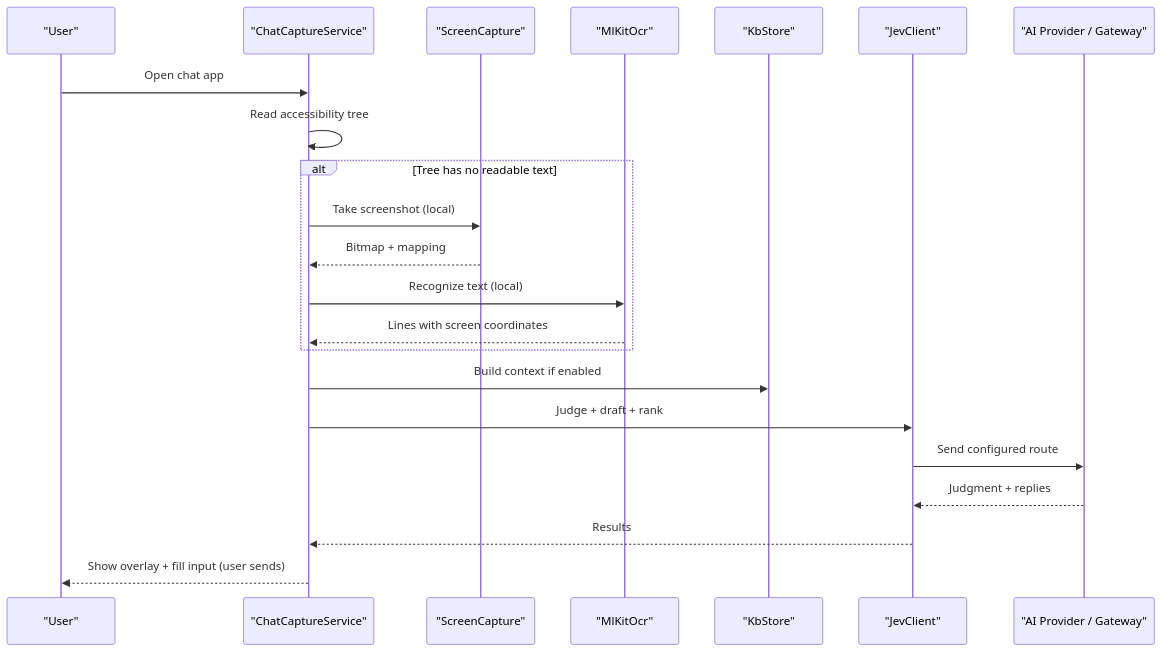
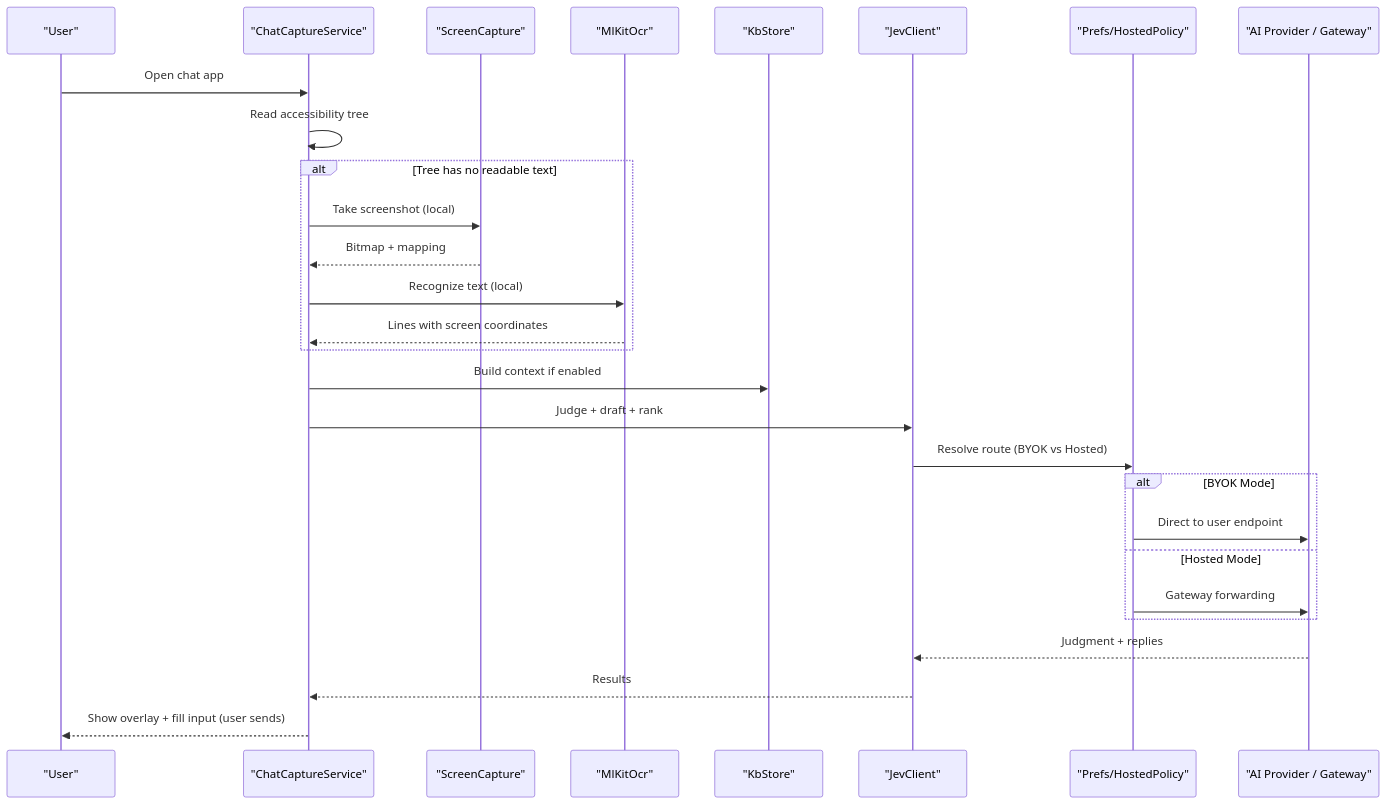
Before and after one commit to DeloYong/jev-chat-jarvis: the second of 11 diagrams in .qoder/repowiki/en/content/Security & Privacy.md, drawn with Mermaid. The commit also changed other lines of this file and 66 other files, not shown here.

````diff
--- a/.qoder/repowiki/en/content/Security & Privacy.md
+++ b/.qoder/repowiki/en/content/Security & Privacy.md
@@ -95,24 +111,30 @@
 ```mermaid
 sequenceDiagram
 participant User as "User"
 participant Service as "ChatCaptureService"
 participant Screen as "ScreenCapture"
 participant OCR as "MlKitOcr"
 participant Store as "KbStore"
 participant Client as "JevClient"
+participant Route as "Prefs/HostedPolicy"
 participant Provider as "AI Provider / Gateway"
 User->>Service : Open chat app
 Service->>Service : Read accessibility tree
 alt Tree has no readable text
 Service->>Screen : Take screenshot (local)
 Screen-->>Service : Bitmap + mapping
 Service->>OCR : Recognize text (local)
 OCR-->>Service : Lines with screen coordinates
 end
 Service->>Store : Build context if enabled
 Service->>Client : Judge + draft + rank
-Client->>Provider : Send configured route
+Client->>Route : Resolve route (BYOK vs Hosted)
+alt BYOK Mode
+Route->>Provider : Direct to user endpoint
+else Hosted Mode
+Route->>Provider : Gateway forwarding
+end
 Provider-->>Client : Judgment + replies
 Client-->>Service : Results
 Service-->>User : Show overlay + fill input (user sends)
 ```
````
